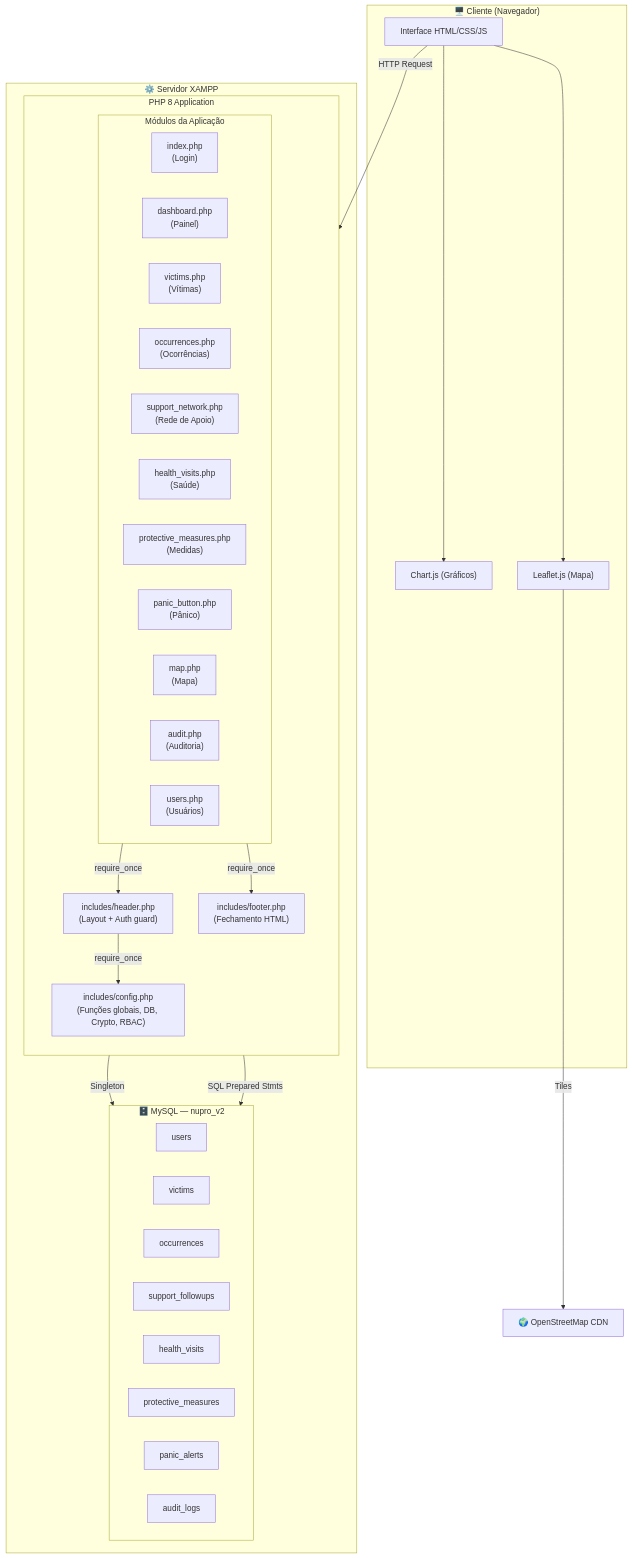
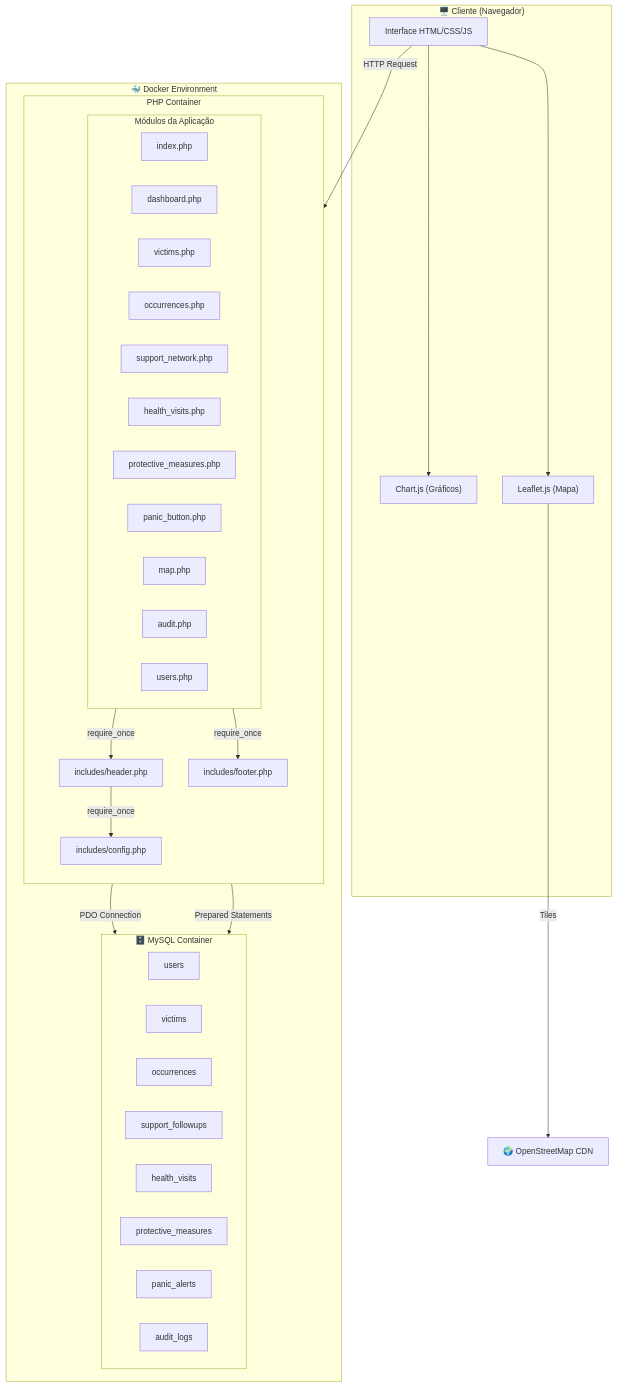
One commit to LuisKleber/Nupro_v2 changed the first of 6 diagrams in README.md. Above: the diagram before and after it, drawn with Mermaid.

Commit message:
Atualizando arquitetura Docker

````diff
--- a/README.md
+++ b/README.md
@@ -285,52 +285,54 @@
 ```mermaid
 graph TB
     subgraph Cliente["🖥️ Cliente (Navegador)"]
         UI["Interface HTML/CSS/JS"]
         ChartJS["Chart.js (Gráficos)"]
         Leaflet["Leaflet.js (Mapa)"]
     end
 
-    subgraph Servidor["⚙️ Servidor XAMPP"]
-        subgraph PHP["PHP 8 Application"]
+    subgraph Docker["🐳 Docker Environment"]
+
+        subgraph PHP["PHP Container"]
             direction TB
-            Config["includes/config.php\n(Funções globais, DB, Crypto, RBAC)"]
-            Header["includes/header.php\n(Layout + Auth guard)"]
-            Footer["includes/footer.php\n(Fechamento HTML)"]
+
+            Config["includes/config.php"]
+            Header["includes/header.php"]
+            Footer["includes/footer.php"]
 
             subgraph Modulos["Módulos da Aplicação"]
-                Index["index.php\n(Login)"]
-                Dashboard["dashboard.php\n(Painel)"]
-                Victims["victims.php\n(Vítimas)"]
-                Occ["occurrences.php\n(Ocorrências)"]
-                Support["support_network.php\n(Rede de Apoio)"]
-                Health["health_visits.php\n(Saúde)"]
-                Protect["protective_measures.php\n(Medidas)"]
-                Panic["panic_button.php\n(Pânico)"]
-                MapP["map.php\n(Mapa)"]
-                Audit["audit.php\n(Auditoria)"]
-                Users["users.php\n(Usuários)"]
+                Index["index.php"]
+                Dashboard["dashboard.php"]
+                Victims["victims.php"]
+                Occ["occurrences.php"]
+                Support["support_network.php"]
+                Health["health_visits.php"]
+                Protect["protective_measures.php"]
+                Panic["panic_button.php"]
+                MapP["map.php"]
+                Audit["audit.php"]
+                Users["users.php"]
             end
         end
 
-        subgraph MySQL["🗄️ MySQL — nupro_v2"]
+        subgraph MySQL["🗄️ MySQL Container"]
             TUsers["users"]
             TVictims["victims"]
             TOcc["occurrences"]
             TSupport["support_followups"]
             THealth["health_visits"]
             TProtect["protective_measures"]
             TPanic["panic_alerts"]
             TAudit["audit_logs"]
         end
     end
 
     UI -->|HTTP Request| Modulos
-    Config -->|Singleton| MySQL
+    Config -->|PDO Connection| MySQL
     Header -->|require_once| Config
     Modulos -->|require_once| Header
     Modulos -->|require_once| Footer
-    Modulos -->|SQL Prepared Stmts| MySQL
+    Modulos -->|Prepared Statements| MySQL
     UI --> ChartJS
     UI --> Leaflet
     Leaflet -->|Tiles| OSM["🌍 OpenStreetMap CDN"]
 ```
````
